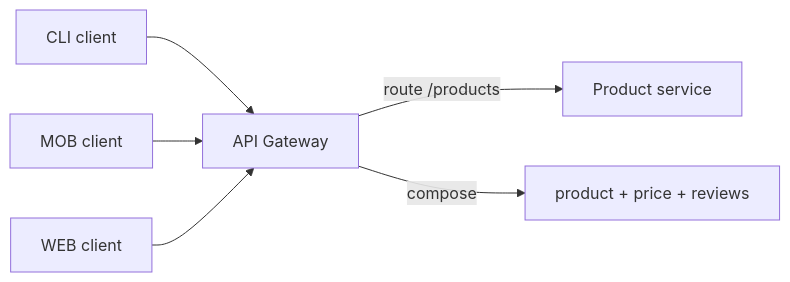
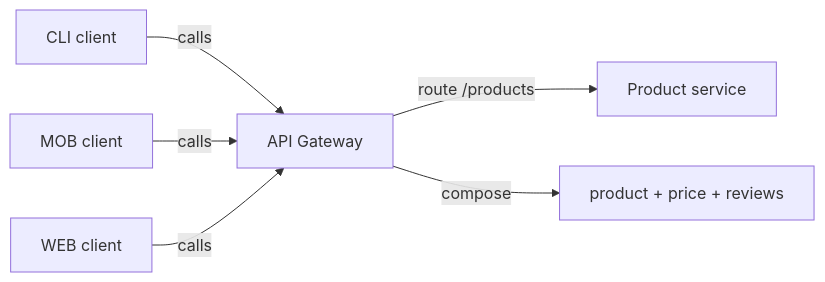
The eighth of 13 diagrams in docs/ch23-api-gateway.md (vinayakuber/microservices-io-study-guide), drawn with Mermaid before and after one commit. The commit also changed other lines of this file and 71 other files, not shown here.

First line of the commit message:
R18: label every diagram arrow with its meaning

````diff
--- a/docs/ch23-api-gateway.md
+++ b/docs/ch23-api-gateway.md
@@ -240,8 +240,8 @@
 ```mermaid
 flowchart LR
-  CLI["CLI client"] --> GW["API Gateway"]
-  MOB["MOB client"] --> GW
-  WEB["WEB client"] --> GW
+  CLI["CLI client"] -->|"calls"| GW["API Gateway"]
+  MOB["MOB client"] -->|"calls"| GW
+  WEB["WEB client"] -->|"calls"| GW
   GW -->|"route /products"| PROD["Product service"]
   GW -->|"compose"| RES["product + price + reviews"]
 ```
````
